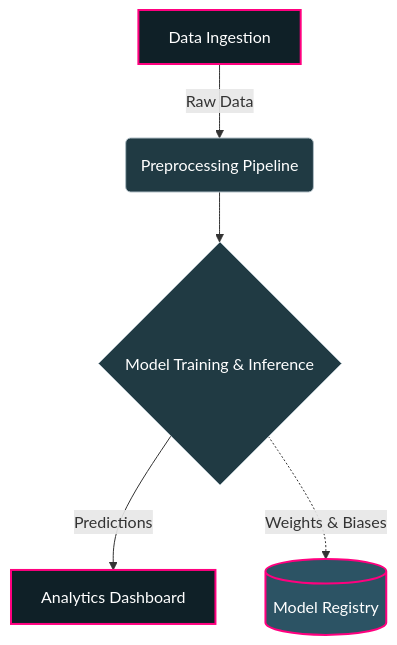
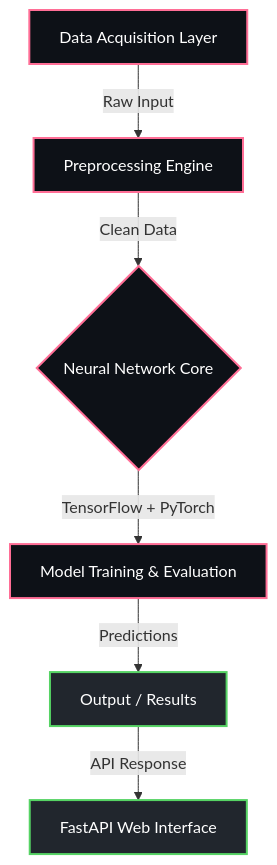
The diagram in README.md (Nytrynox/High-Dimensional-Data-Clustering-Framework-on-Cloud-with-Deep-AI), drawn with Mermaid before and after one commit. The commit also changed other lines of this file, not shown here.

Commit message:
docs: Deploy analyzed project-specific README with real architecture

````diff
--- a/README.md
+++ b/README.md
@@ -31,15 +31,15 @@
 ```mermaid
 graph TD;
-    A[Data Ingestion] -->|Raw Data| B(Preprocessing Pipeline);
-    B --> C{Model Training & Inference};
-    C -->|Predictions| D[Analytics Dashboard];
-    C -.->|Weights & Biases| E[(Model Registry)];
-    
-    classDef primary fill:#0f2027,stroke:#ff007f,stroke-width:2px,color:#fff;
-    classDef secondary fill:#203a43,stroke:#b0bec5,stroke-width:1px,color:#fff;
-    classDef database fill:#2c5364,stroke:#ff007f,stroke-width:2px,color:#fff;
-    
-    class A,D primary;
-    class B,C secondary;
-    class E database;
+    A["Data Acquisition Layer"] -->|Raw Input| B["Preprocessing Engine"];
+    B -->|Clean Data| D{"Neural Network Core"};
+    D -->|TensorFlow + PyTorch| E["Model Training & Evaluation"];
+    E -->|Predictions| F["Output / Results"];
+    F -->|API Response| G["FastAPI Web Interface"];
+
+    classDef ml fill:#0d1117,stroke:#ff6e96,stroke-width:2px,color:#fff;
+    classDef cv fill:#161b22,stroke:#79c0ff,stroke-width:2px,color:#fff;
+    classDef web fill:#21262d,stroke:#56d364,stroke-width:2px,color:#fff;
+    class A,B ml;
+    class D,E ml;
+    class F,G web;
 ```
````
